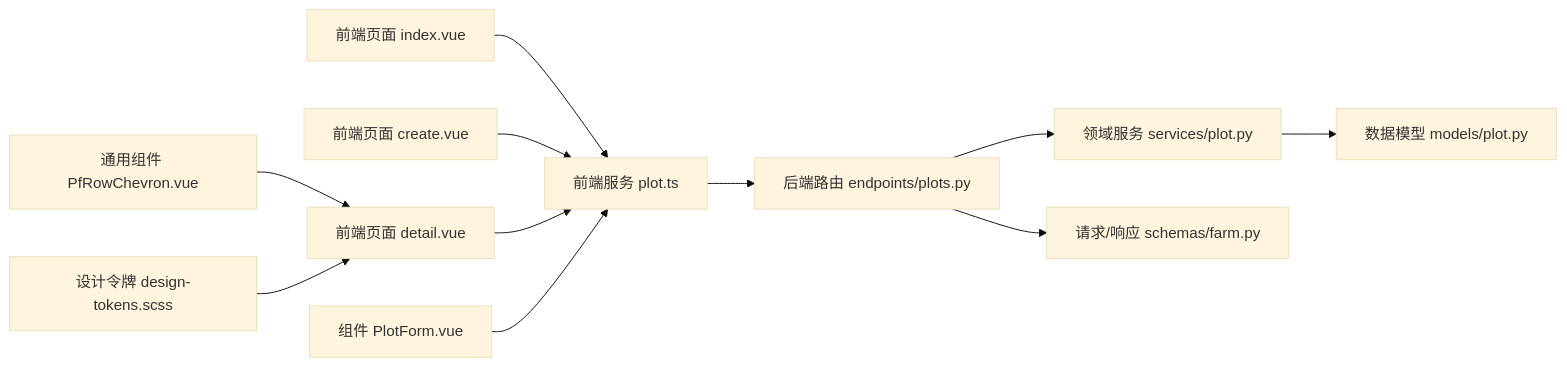
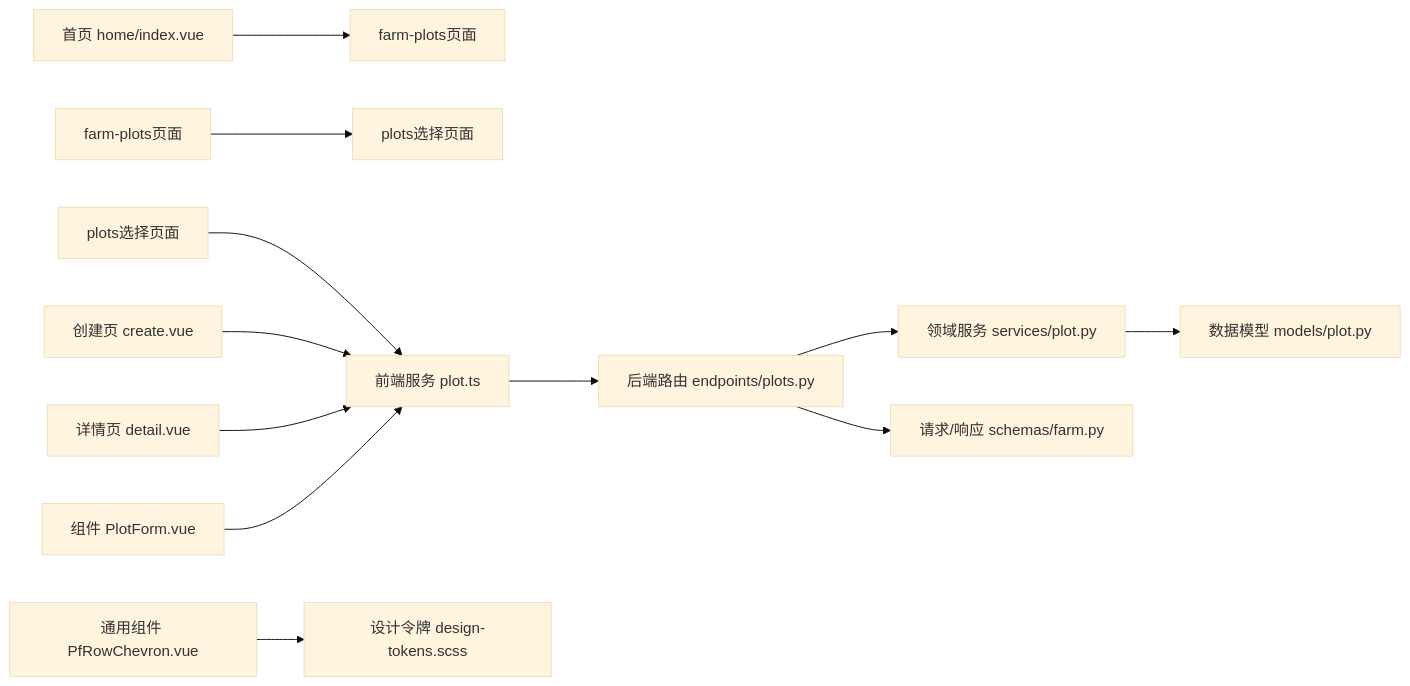
Before and after one commit to wungjyan/pocket-farm: the sixth of 6 diagrams in .qoder/repowiki/zh/content/项目概览/核心功能/地块规划与管理.md, drawn with Mermaid (base theme). The commit also changed other lines of this file and 198 other files, not shown here.

````diff
--- a/.qoder/repowiki/zh/content/项目概览/核心功能/地块规划与管理.md
+++ b/.qoder/repowiki/zh/content/项目概览/核心功能/地块规划与管理.md
@@ -371,13 +408,14 @@
 ```mermaid
 graph LR
-A["前端页面 index.vue"] --> B["前端服务 plot.ts"]
-C["前端页面 create.vue"] --> B
-D["前端页面 detail.vue"] --> B
-E["组件 PlotForm.vue"] --> B
-F["通用组件 PfRowChevron.vue"] --> D
-G["设计令牌 design-tokens.scss"] --> D
-B --> H["后端路由 endpoints/plots.py"]
-H --> I["领域服务 services/plot.py"]
-I --> J["数据模型 models/plot.py"]
-H --> K["请求/响应 schemas/farm.py"]
+A["首页 home/index.vue"] --> B["farm-plots页面"]
+C["farm-plots页面"] --> D["plots选择页面"]
+E["plots选择页面"] --> F["前端服务 plot.ts"]
+G["创建页 create.vue"] --> F
+H["详情页 detail.vue"] --> F
+I["组件 PlotForm.vue"] --> F
+J["通用组件 PfRowChevron.vue"] --> K["设计令牌 design-tokens.scss"]
+F --> L["后端路由 endpoints/plots.py"]
+L --> M["领域服务 services/plot.py"]
+M --> N["数据模型 models/plot.py"]
+L --> O["请求/响应 schemas/farm.py"]
 ```
````
